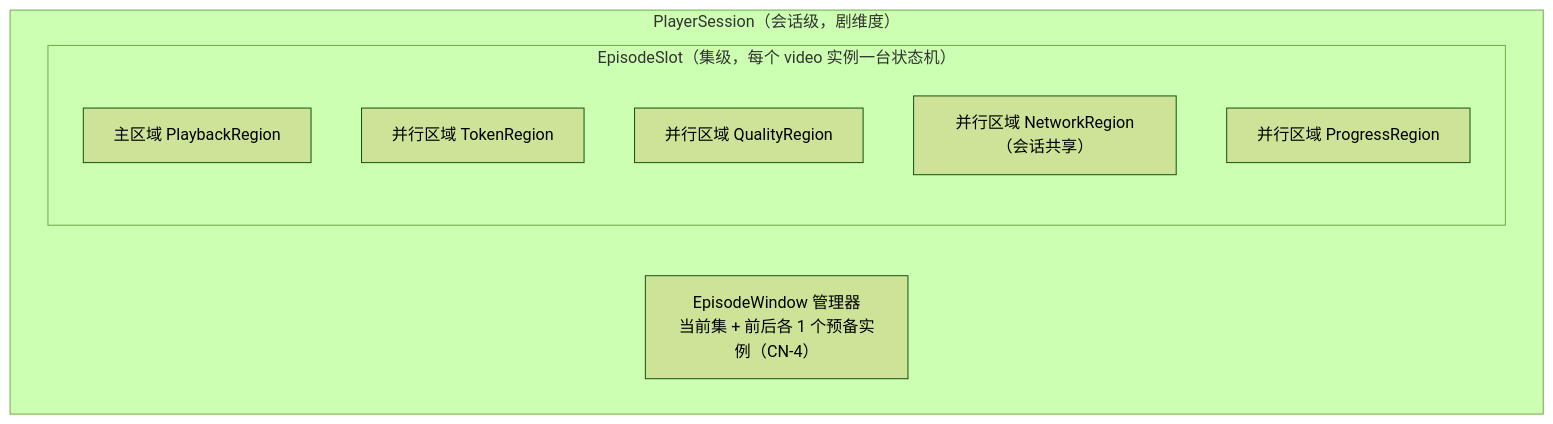
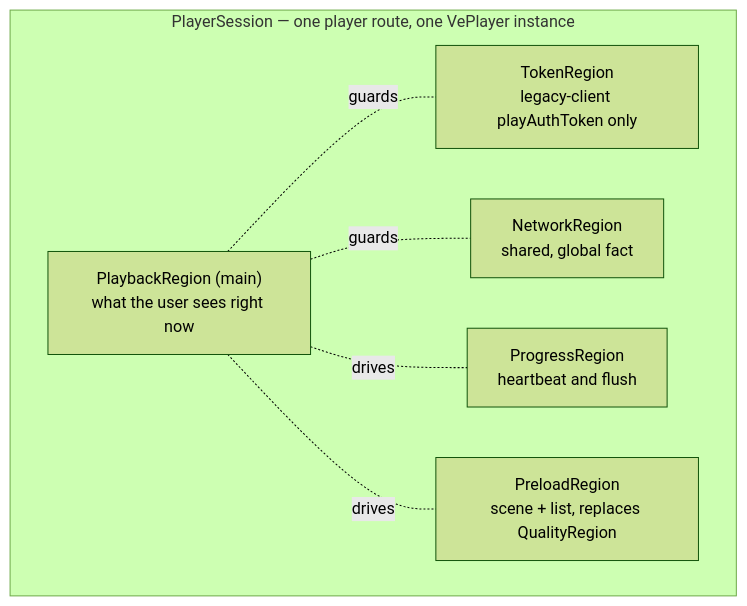
Before and after one commit to Dawan2/minidrama: the first of 2 diagrams in docs/design/player-state-machine.md, drawn with Mermaid (forest theme). The commit also changed other lines of this file, not shown here.

````diff
--- a/docs/design/player-state-machine.md
+++ b/docs/design/player-state-machine.md
@@ -49,13 +87,14 @@
 ```mermaid
 flowchart TB
-    subgraph session["PlayerSession（会话级，剧维度）"]
-        window["EpisodeWindow 管理器<br/>当前集 + 前后各 1 个预备实例（CN-4）"]
-        subgraph slot["EpisodeSlot（集级，每个 video 实例一台状态机）"]
-            main["主区域 PlaybackRegion"]
-            token["并行区域 TokenRegion"]
-            quality["并行区域 QualityRegion"]
-            net["并行区域 NetworkRegion（会话共享）"]
-            prog["并行区域 ProgressRegion"]
-        end
+    subgraph session["PlayerSession — one player route, one VePlayer instance"]
+        main["PlaybackRegion (main)<br/>what the user sees right now"]
+        token["TokenRegion<br/>legacy-client playAuthToken only"]
+        net["NetworkRegion<br/>shared, global fact"]
+        prog["ProgressRegion<br/>heartbeat and flush"]
+        pre["PreloadRegion<br/>scene + list, replaces QualityRegion"]
     end
+    main -. guards .- token
+    main -. guards .- net
+    main -. drives .- prog
+    main -. drives .- pre
 ```
````
